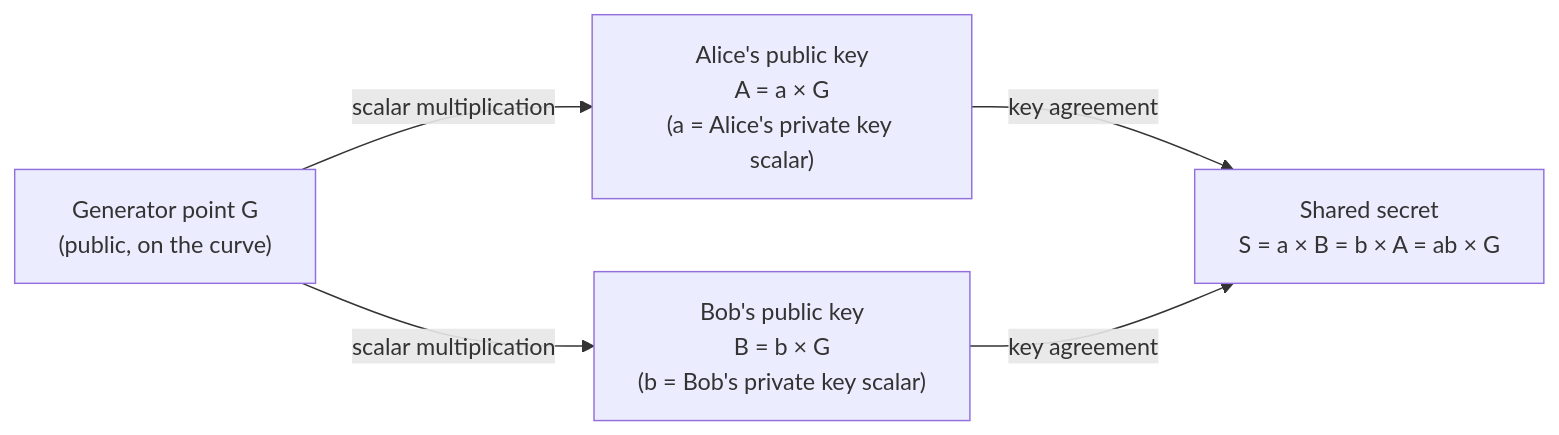
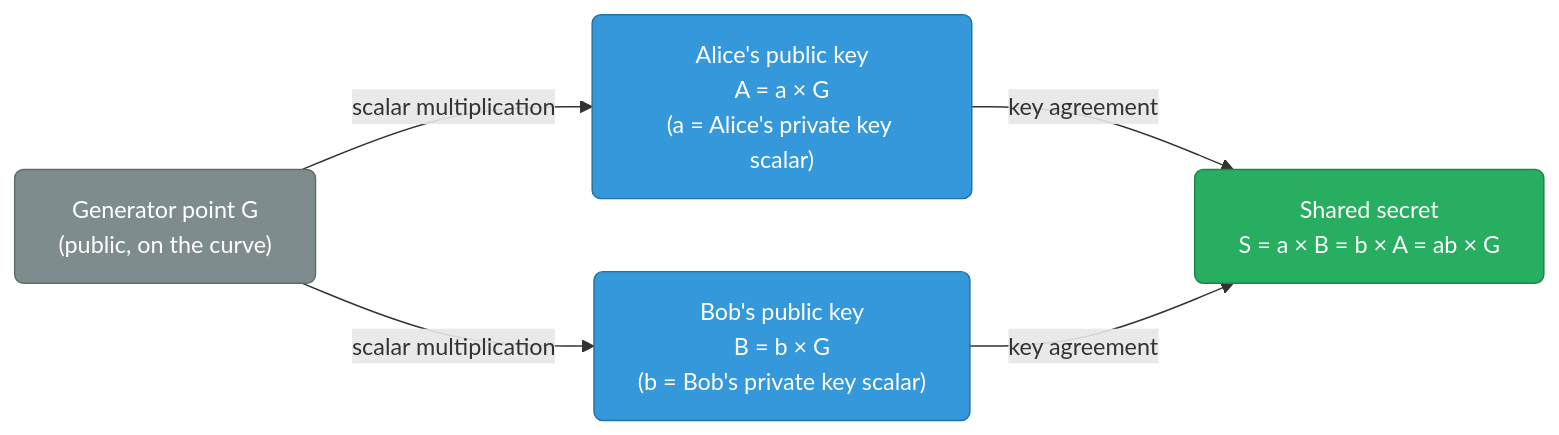
Diagram 11 of 13 in networking/tls-encryption.md (deepanshu-rawat6/DevOpsIndex), drawn with Mermaid before and after one commit. The commit also changed other lines of this file and 8 other files, not shown here.

````diff
--- a/networking/tls-encryption.md
+++ b/networking/tls-encryption.md
@@ -361,6 +628,10 @@
 ```mermaid
 graph LR
-    G["Generator point G<br>(public, on the curve)"] -->|"scalar multiplication"| PUB_A["Alice's public key<br>A = a × G<br>(a = Alice's private key scalar)"]
-    G -->|"scalar multiplication"| PUB_B["Bob's public key<br>B = b × G<br>(b = Bob's private key scalar)"]
-    PUB_A & PUB_B -->|"key agreement"| SECRET["Shared secret<br>S = a × B = b × A = ab × G"]
+    classDef gen fill:#7f8c8d,stroke:#616a6b,color:#fff,rx:6
+    classDef pub fill:#3498db,stroke:#2471a3,color:#fff,rx:6
+    classDef secret fill:#27ae60,stroke:#1e8449,color:#fff,rx:6
+
+    G["Generator point G<br/>(public, on the curve)"]:::gen -->|"scalar multiplication"| PUB_A["Alice's public key<br/>A = a × G<br/>(a = Alice's private key scalar)"]:::pub
+    G -->|"scalar multiplication"| PUB_B["Bob's public key<br/>B = b × G<br/>(b = Bob's private key scalar)"]:::pub
+    PUB_A & PUB_B -->|"key agreement"| SECRET["Shared secret<br/>S = a × B = b × A = ab × G"]:::secret
 ```
````
